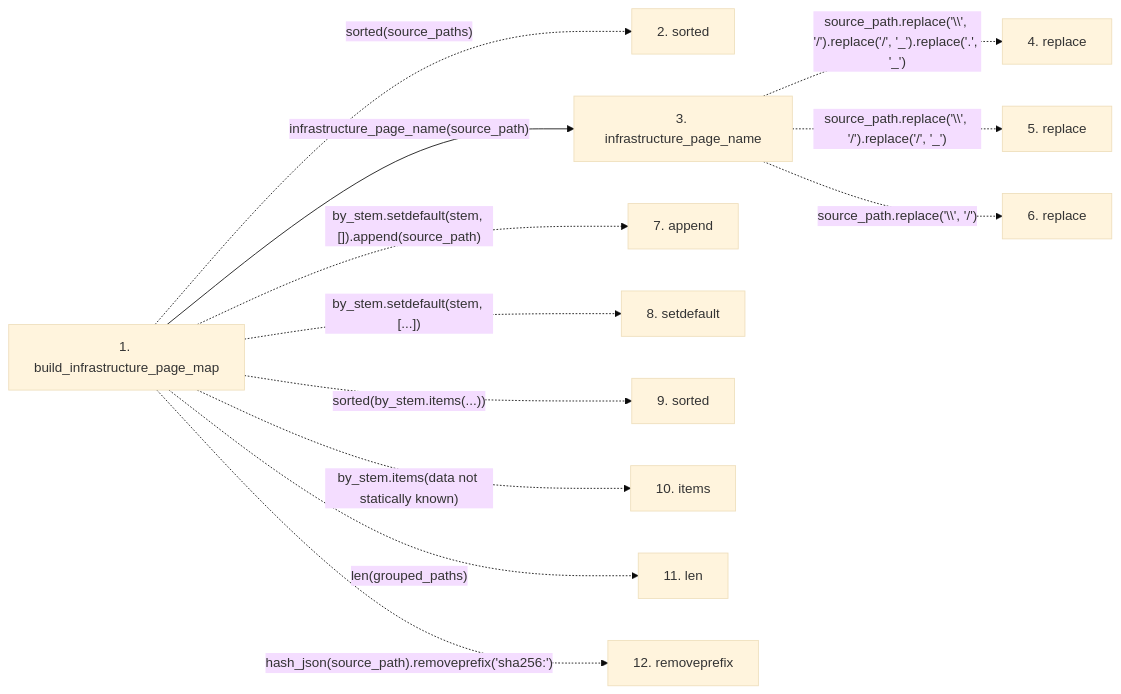
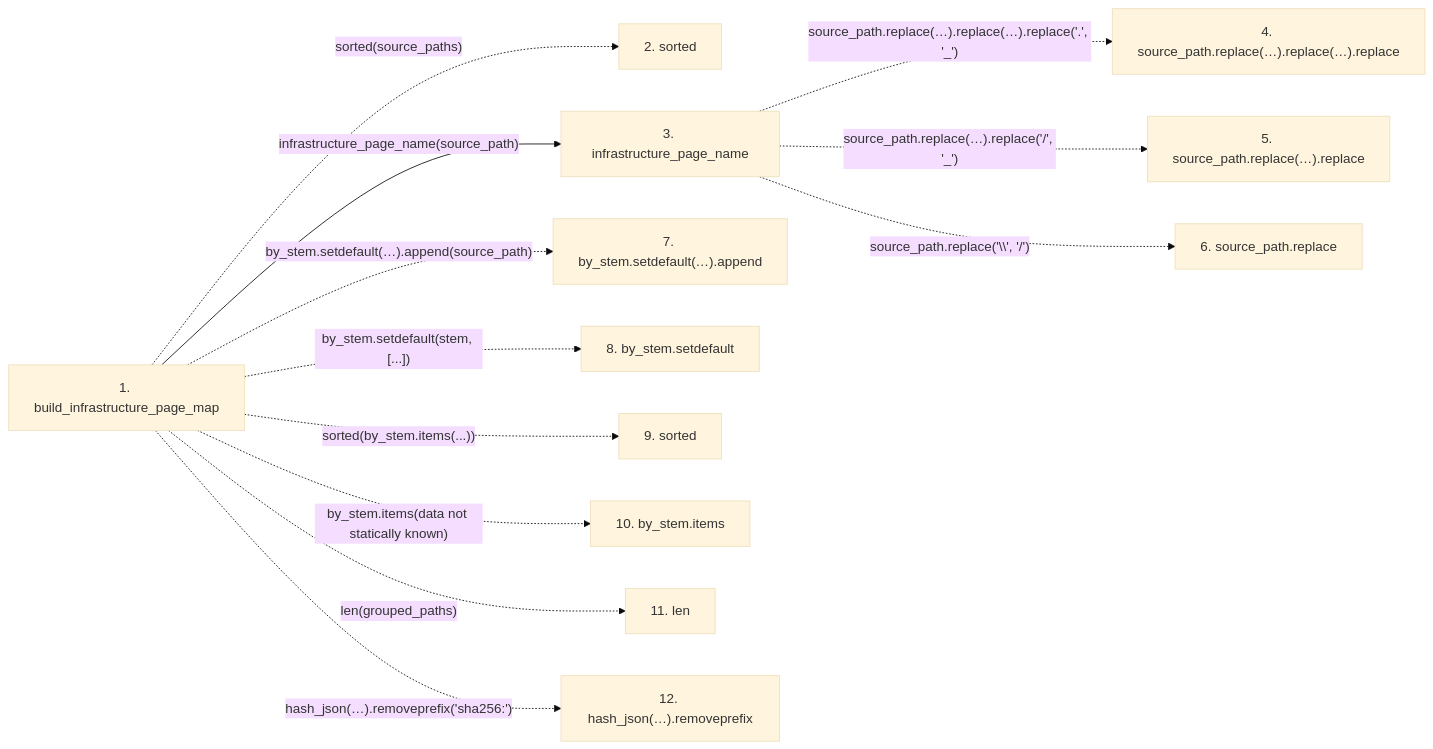
One commit to Denissvgn/python-wiki-llm changed the second of 2 diagrams in docs/llm_wiki/flows/api-build_infrastructure_page_map.md. Above: the diagram before and after it, drawn with Mermaid (base theme). The commit also changed other lines of this file and 719 other files, not shown here.

````diff
--- a/docs/llm_wiki/flows/api-build_infrastructure_page_map.md
+++ b/docs/llm_wiki/flows/api-build_infrastructure_page_map.md
@@ -53,28 +55,28 @@
 ```mermaid
 flowchart LR
     s1["1. build_infrastructure_page_map"]
     s2["2. sorted"]
     s3["3. infrastructure_page_name"]
-    s4["4. replace"]
-    s5["5. replace"]
-    s6["6. replace"]
-    s7["7. append"]
-    s8["8. setdefault"]
+    s4["4. source_path.replace(…).replace(…).replace"]
+    s5["5. source_path.replace(…).replace"]
+    s6["6. source_path.replace"]
+    s7["7. by_stem.setdefault(…).append"]
+    s8["8. by_stem.setdefault"]
     s9["9. sorted"]
-    s10["10. items"]
+    s10["10. by_stem.items"]
     s11["11. len"]
-    s12["12. removeprefix"]
+    s12["12. hash_json(…).removeprefix"]
     s1 -. "sorted(source_paths)" .-> s2
     s1 -->|"infrastructure_page_name(source_path)"| s3
-    s3 -. "source_path.replace('\\', '/').replace('/', '_').replace('.', '_')" .-> s4
-    s3 -. "source_path.replace('\\', '/').replace('/', '_')" .-> s5
+    s3 -. "source_path.replace(…).replace(…).replace('.', '_')" .-> s4
+    s3 -. "source_path.replace(…).replace('/', '_')" .-> s5
     s3 -. "source_path.replace('\\', '/')" .-> s6
-    s1 -. "by_stem.setdefault(stem, []).append(source_path)" .-> s7
+    s1 -. "by_stem.setdefault(…).append(source_path)" .-> s7
     s1 -. "by_stem.setdefault(stem, [...])" .-> s8
     s1 -. "sorted(by_stem.items(...))" .-> s9
     s1 -. "by_stem.items(data not statically known)" .-> s10
     s1 -. "len(grouped_paths)" .-> s11
-    s1 -. "hash_json(source_path).removeprefix('sha256:')" .-> s12
+    s1 -. "hash_json(…).removeprefix('sha256:')" .-> s12
     click s1 "../modules/infrastructure_sync.md"
     click s3 "../modules/infrastructure_inventory.md"
 ```
````
